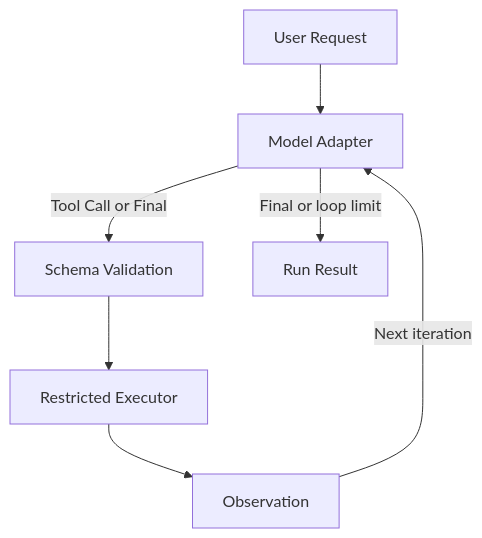
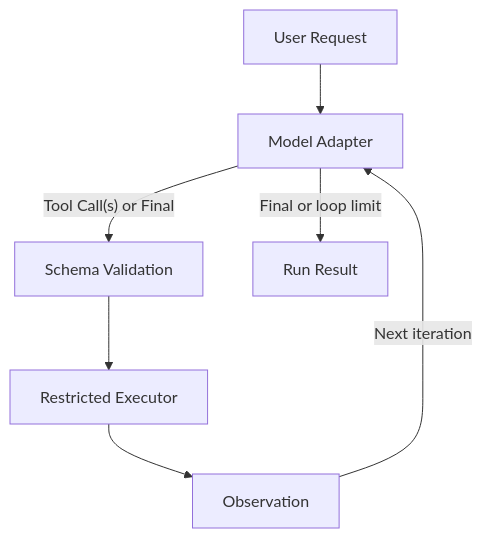
The first of 3 diagrams in ARCHITECTURE.md (lucienne-li/strategy-game-prototyping-agent), drawn with Mermaid before and after one commit. The commit also changed other lines of this file and 11 other files, not shown here.

````diff
--- a/ARCHITECTURE.md
+++ b/ARCHITECTURE.md
@@ -14,9 +14,9 @@
 ```mermaid
 flowchart TB
     U["User Request"] --> M["Model Adapter"]
-    M -->|"Tool Call or Final"| V["Schema Validation"]
+    M -->|"Tool Call(s) or Final"| V["Schema Validation"]
     V --> X["Restricted Executor"]
     X --> O["Observation"]
     O -->|"Next iteration"| M
     M -->|"Final or loop limit"| R["Run Result"]
 ```
````
